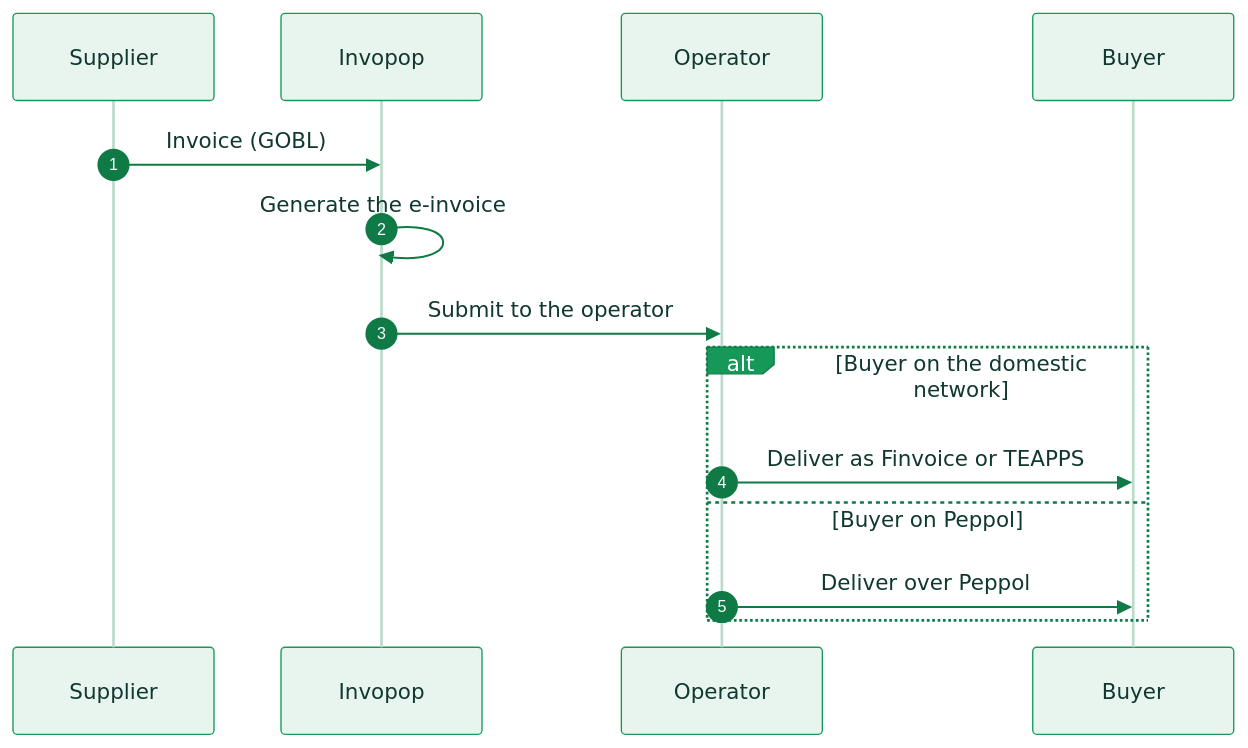
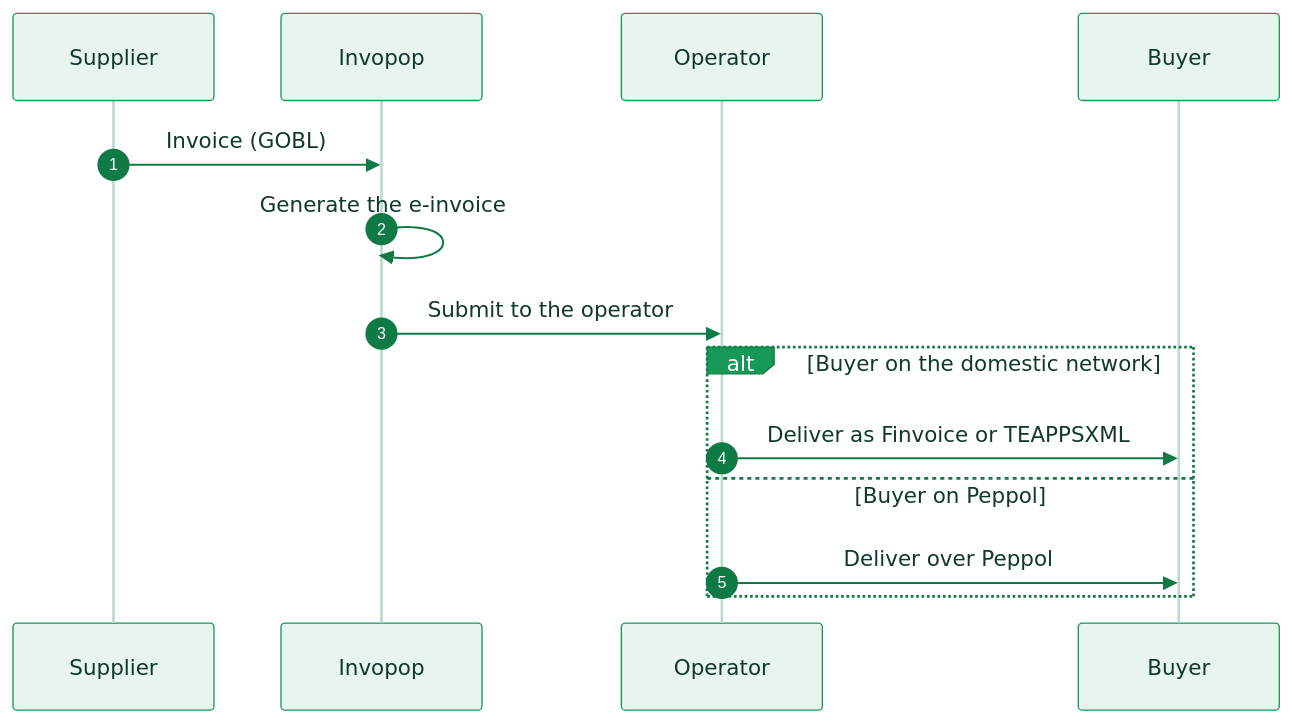
The diagram in compliance/finland.mdx (invopop/docs.invopop.com), drawn with Mermaid before and after one commit.

Commit message:
Fix TEAPPSXML fir consistency

````diff
--- a/compliance/finland.mdx
+++ b/compliance/finland.mdx
@@ -41,17 +41,17 @@
 ```mermaid actions={false}
 %%{init: {'theme':'base','themeVariables':{'actorBkg':'#e8f5ee','actorBorder':'#169958','actorTextColor':'#103830','actorLineColor':'#bcdccb','signalColor':'#0f7a45','signalTextColor':'#103830','noteBkgColor':'#ffffff','noteBorderColor':'#169958','noteTextColor':'#103830','labelBoxBkgColor':'#169958','labelBoxBorderColor':'#0f7a45','labelTextColor':'#ffffff','sequenceNumberColor':'#ffffff'}}}%%
 sequenceDiagram
     autonumber
     participant S as Supplier
     participant IV as Invopop
     participant AX as Operator
     participant B as Buyer
     S->>IV: Invoice (GOBL)
     IV->>IV: Generate the e-invoice
     IV->>AX: Submit to the operator
     alt Buyer on the domestic network
-        AX->>B: Deliver as Finvoice or TEAPPS
+        AX->>B: Deliver as Finvoice or TEAPPSXML
     else Buyer on Peppol
         AX->>B: Deliver over Peppol
     end
 ```
````
